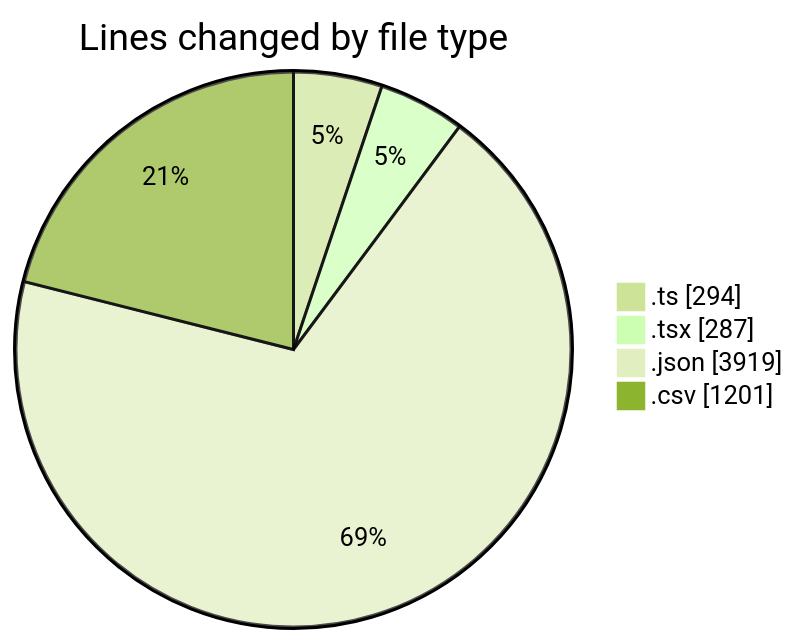
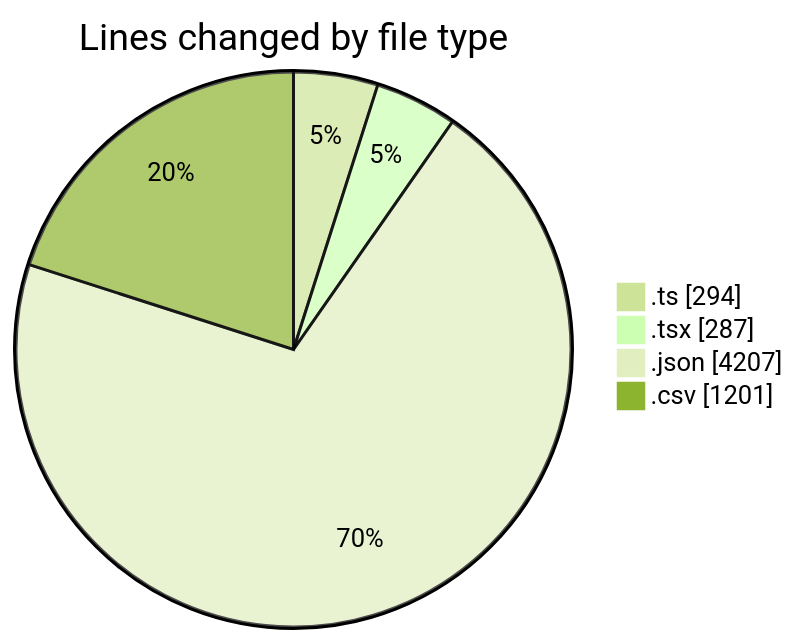
The first of 2 diagrams in 2025-11-13/eventscop-frontend-guide__workspace_/README.md (julien-gomy/code-tracking), drawn with Mermaid (forest theme) before and after one commit. The commit also changed other lines of this file and 1 other file, not shown here.

````diff
--- a/2025-11-13/eventscop-frontend-guide__workspace_/README.md
+++ b/2025-11-13/eventscop-frontend-guide__workspace_/README.md
@@ -28,8 +28,8 @@
 ```mermaid
 pie showData
 title Lines changed by file type
 ".ts" : 294
 ".tsx" : 287
-".json" : 3919
+".json" : 4207
 ".csv" : 1201
 ```
````
